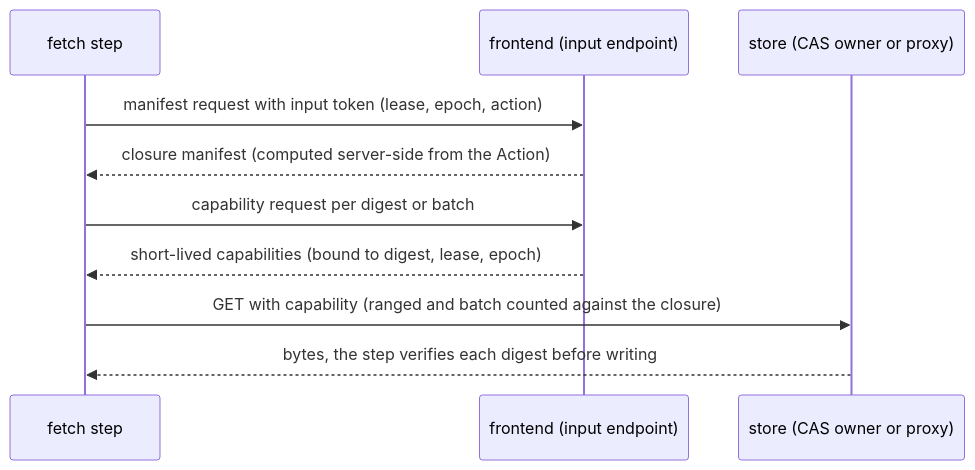
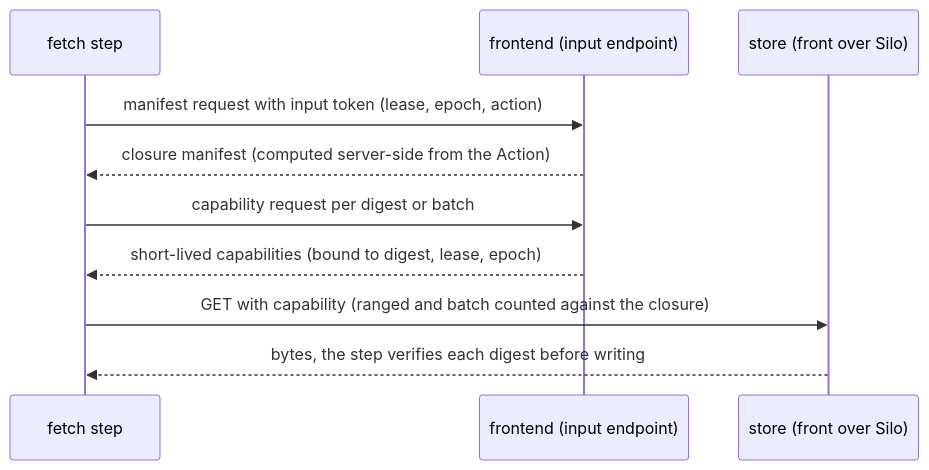
One commit to komira-ai/jobscheduler changed the seventh of 14 diagrams in docs/design/kbf-on-js-agent.md. Above: the diagram before and after it, drawn with Mermaid. The commit also changed other lines of this file and 5 other files, not shown here.

````diff
--- a/docs/design/kbf-on-js-agent.md
+++ b/docs/design/kbf-on-js-agent.md
@@ -388,12 +417,12 @@
 ```mermaid
 sequenceDiagram
   participant X as fetch step
   participant F as frontend (input endpoint)
-  participant O as store (CAS owner or proxy)
+  participant O as store (front over Silo)
   X->>F: manifest request with input token (lease, epoch, action)
   F-->>X: closure manifest (computed server-side from the Action)
   X->>F: capability request per digest or batch
   F-->>X: short-lived capabilities (bound to digest, lease, epoch)
   X->>O: GET with capability (ranged and batch counted against the closure)
   O-->>X: bytes, the step verifies each digest before writing
 ```
````
